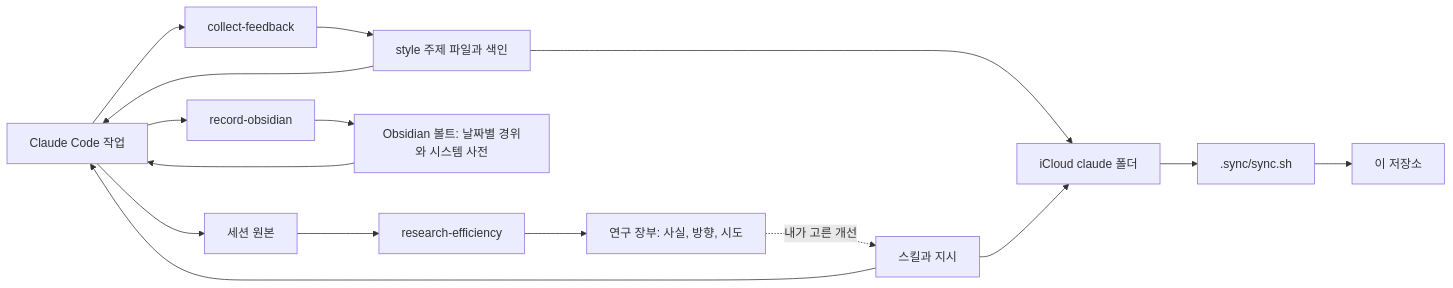
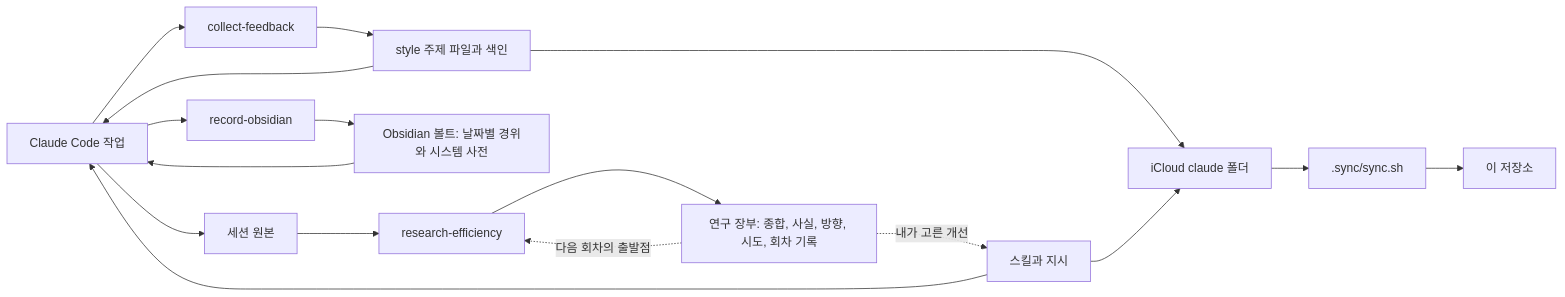
The diagram in README.md (thalals/MY-CLAUDE-SKILL), drawn with Mermaid before and after one commit. The commit also changed other lines of this file and 51 other files, not shown here.

````diff
--- a/README.md
+++ b/README.md
@@ -127,18 +128,19 @@
 ```mermaid
 flowchart LR
     A[Claude Code 작업] --> B[collect-feedback]
     B --> C[style 주제 파일과 색인]
     C --> A
     A --> D[record-obsidian]
     D --> E[Obsidian 볼트: 날짜별 경위와 시스템 사전]
     E --> A
     A --> T[세션 원본]
     T --> R[research-efficiency]
-    R --> L[연구 장부: 사실, 방향, 시도]
+    R --> L[연구 장부: 종합, 사실, 방향, 시도, 회차 기록]
+    L -. 다음 회차의 출발점 .-> R
     L -. 내가 고른 개선 .-> S[스킬과 지시]
     S --> A
     C --> F[iCloud claude 폴더]
     S --> F
     F --> I[.sync/sync.sh]
     I --> J[이 저장소]
 ```
````
